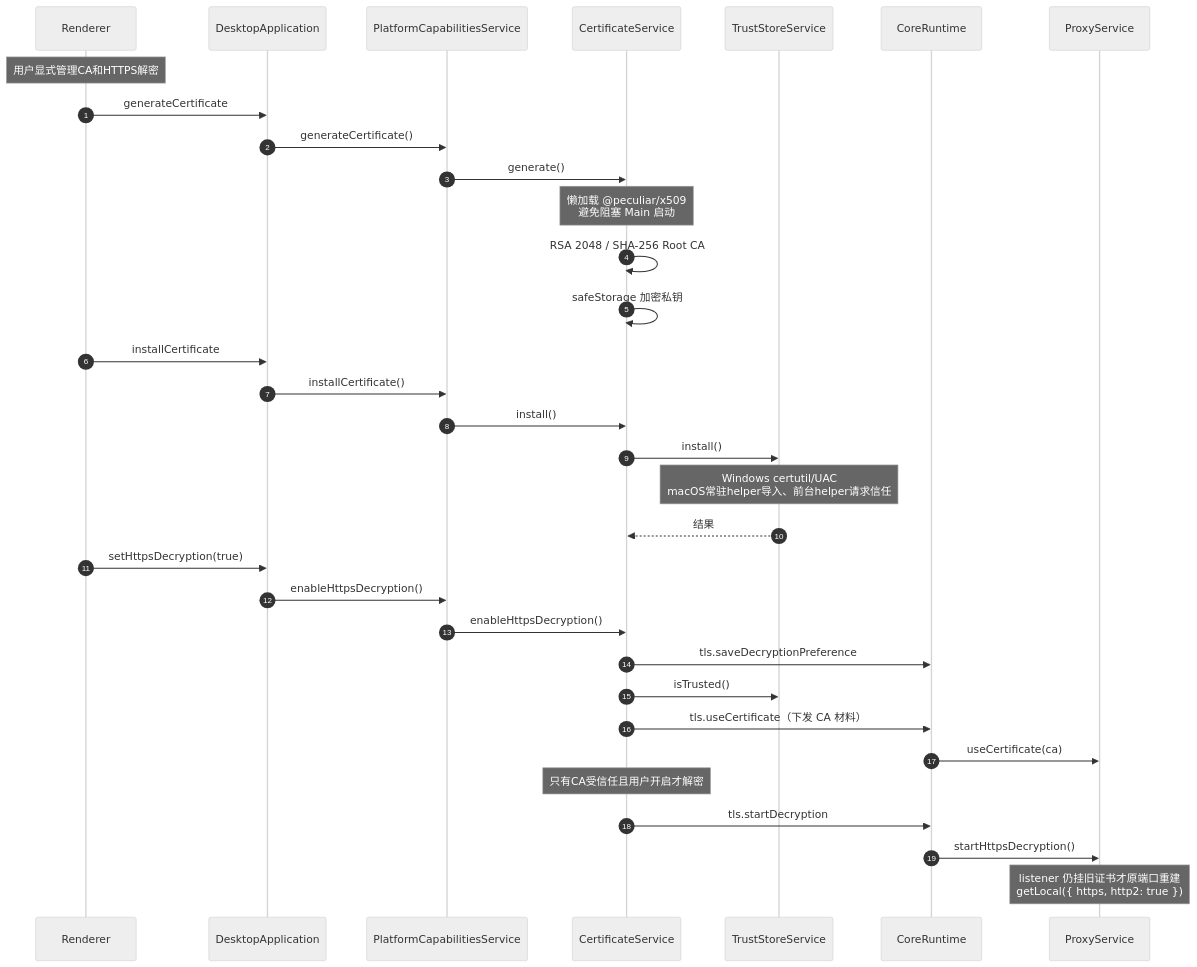
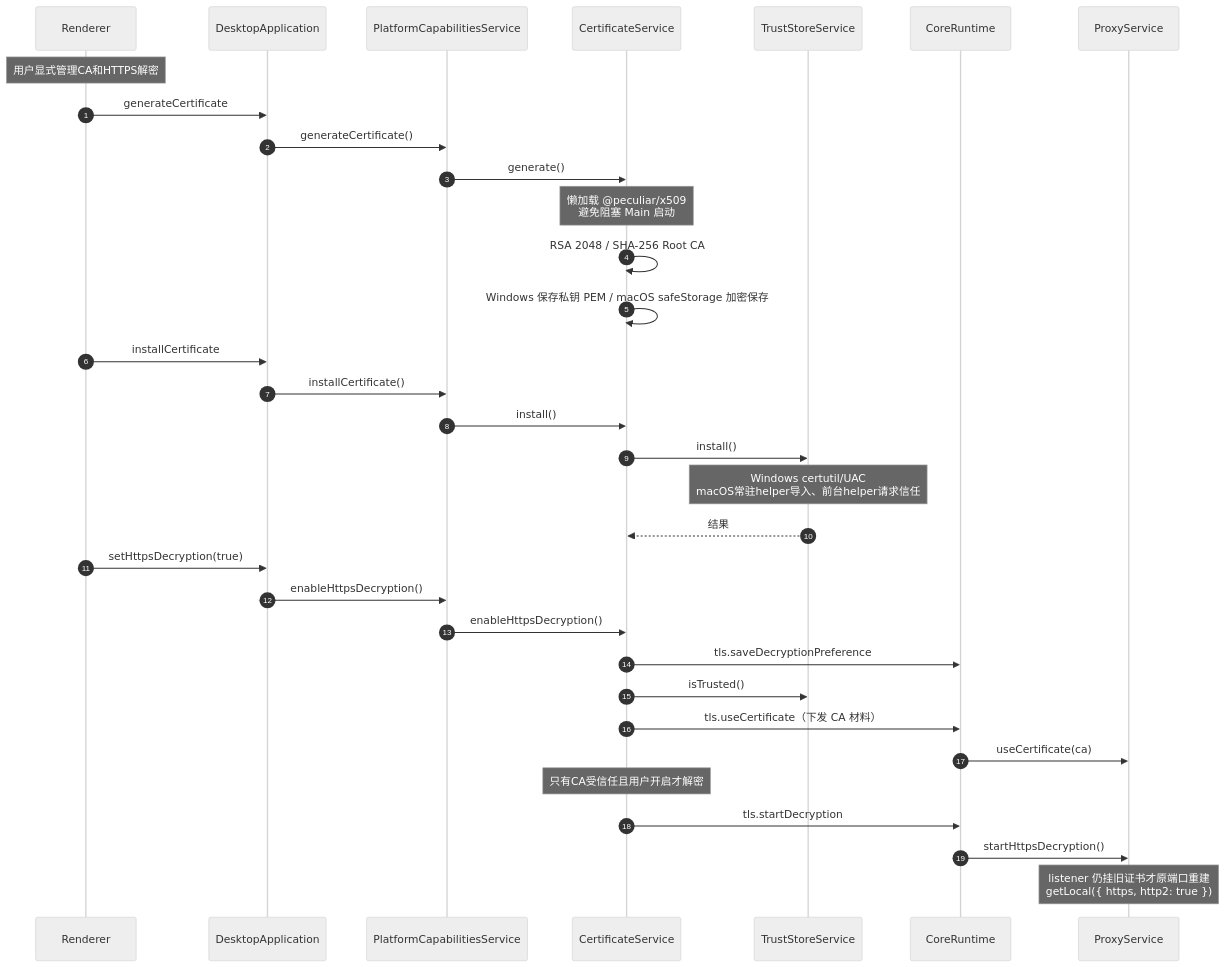
The second of 7 diagrams in architecture/features/settings.md (zhxmt-xm/Interceptor), drawn with Mermaid (neutral theme) before and after one commit. The commit also changed other lines of this file and 68 other files, not shown here.

````diff
--- a/architecture/features/settings.md
+++ b/architecture/features/settings.md
@@ -104,38 +113,38 @@
 ```mermaid
 sequenceDiagram
     autonumber
     participant UI as Renderer
     participant Main as DesktopApplication
     participant Platform as PlatformCapabilitiesService
     participant Cert as CertificateService
     participant Trust as TrustStoreService
     participant Runtime as CoreRuntime
     participant Proxy as ProxyService
 
     Note over UI: 用户显式管理CA和HTTPS解密
     UI->>Main: generateCertificate
     Main->>Platform: generateCertificate()
     Platform->>Cert: generate()
     Note over Cert: 懒加载 @peculiar/x509<br/>避免阻塞 Main 启动
     Cert->>Cert: RSA 2048 / SHA-256 Root CA
-    Cert->>Cert: safeStorage 加密私钥
+    Cert->>Cert: Windows 保存私钥 PEM / macOS safeStorage 加密保存
 
     UI->>Main: installCertificate
     Main->>Platform: installCertificate()
     Platform->>Cert: install()
     Cert->>Trust: install()
     Note over Trust: Windows certutil/UAC<br/>macOS常驻helper导入、前台helper请求信任
     Trust-->>Cert: 结果
 
     UI->>Main: setHttpsDecryption(true)
     Main->>Platform: enableHttpsDecryption()
     Platform->>Cert: enableHttpsDecryption()
     Cert->>Runtime: tls.saveDecryptionPreference
     Cert->>Trust: isTrusted()
     Cert->>Runtime: tls.useCertificate（下发 CA 材料）
     Runtime->>Proxy: useCertificate(ca)
     Note over Cert: 只有CA受信任且用户开启才解密
     Cert->>Runtime: tls.startDecryption
     Runtime->>Proxy: startHttpsDecryption()
     Note over Proxy: listener 仍挂旧证书才原端口重建<br/>getLocal({ https, http2: true })
 ```
````
